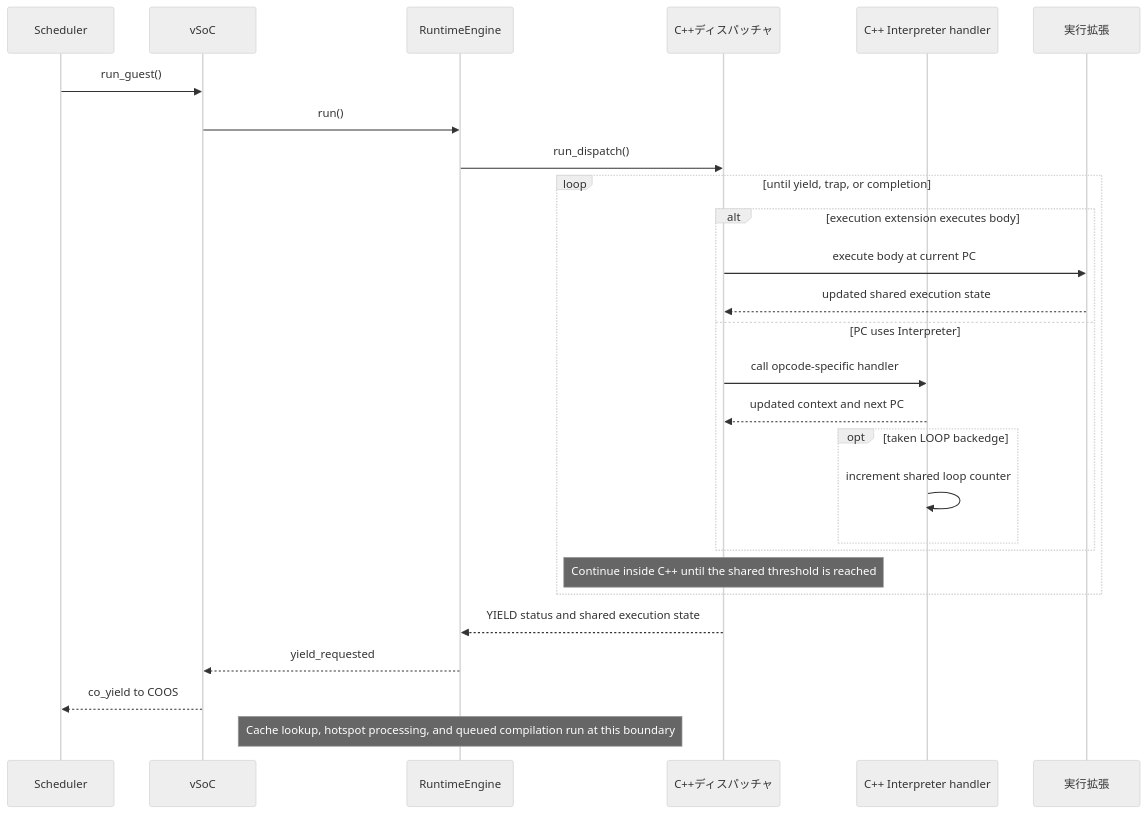
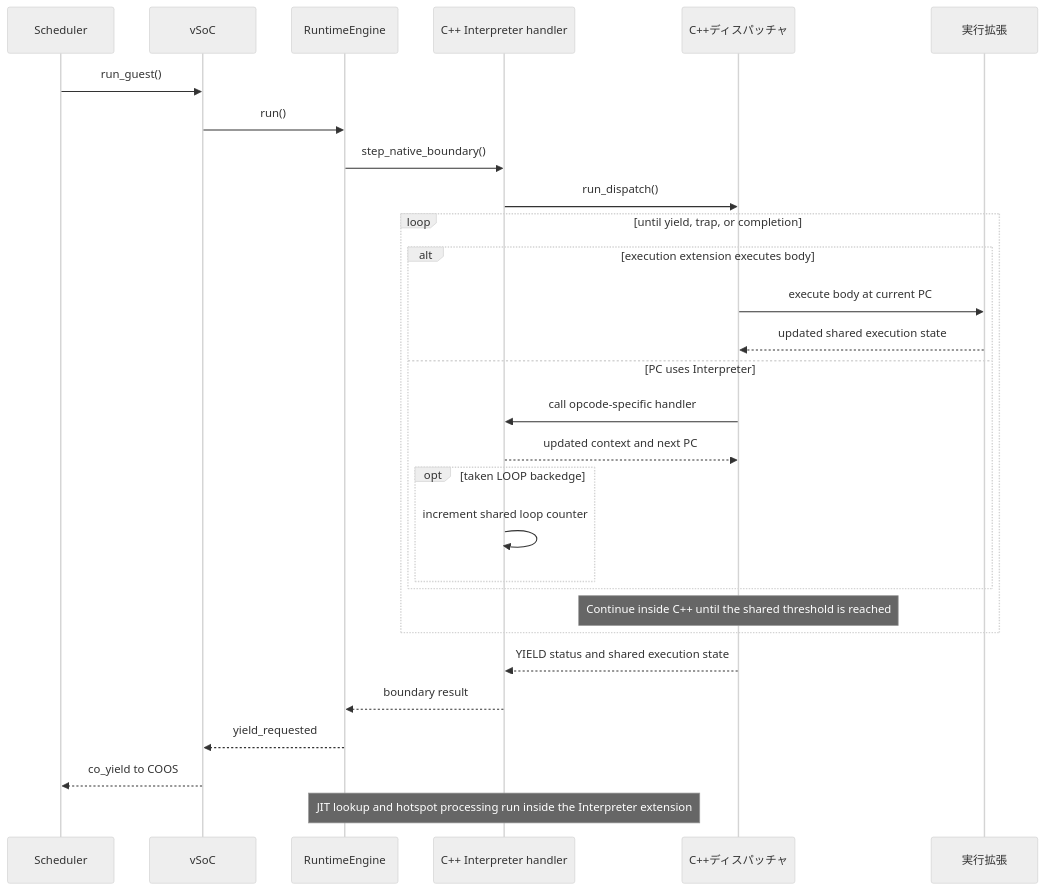
Before and after one commit to kmt-t/fireball: the fifth of 7 diagrams in docs/components/tier2_runtime/runtime_vsoc.md, drawn with Mermaid (neutral theme). The commit also changed other lines of this file and 84 other files, not shown here.

Commit message:
Update CPS runtime and JIT execution paths

````diff
--- a/docs/components/tier2_runtime/runtime_vsoc.md
+++ b/docs/components/tier2_runtime/runtime_vsoc.md
@@ -365,31 +368,34 @@
 ```mermaid
 sequenceDiagram
     participant S as Scheduler
     participant V as vSoC
     participant R as RuntimeEngine
+    participant I as NativeInterpreter
     participant D as C++ディスパッチャ
     participant I as C++ Interpreter handler
     participant J as 実行拡張
 
     S->>V: run_guest()
     V->>R: run()
-    R->>D: run_dispatch()
+    R->>I: step_native_boundary()
+    I->>D: run_dispatch()
     loop until yield, trap, or completion
         alt execution extension executes body
             D->>J: execute body at current PC
             J-->>D: updated shared execution state
         else PC uses Interpreter
             D->>I: call opcode-specific handler
             I-->>D: updated context and next PC
             opt taken LOOP backedge
                 I->>I: increment shared loop counter
             end
         end
         Note over D: Continue inside C++ until the shared threshold is reached
     end
-    D-->>R: YIELD status and shared execution state
+    D-->>I: YIELD status and shared execution state
+    I-->>R: boundary result
     R-->>V: yield_requested
     V-->>S: co_yield to COOS
 
-    Note over R: Cache lookup, hotspot processing, and queued compilation run at this boundary
+    Note over I: JIT lookup and hotspot processing run inside the Interpreter extension
 ```
````
